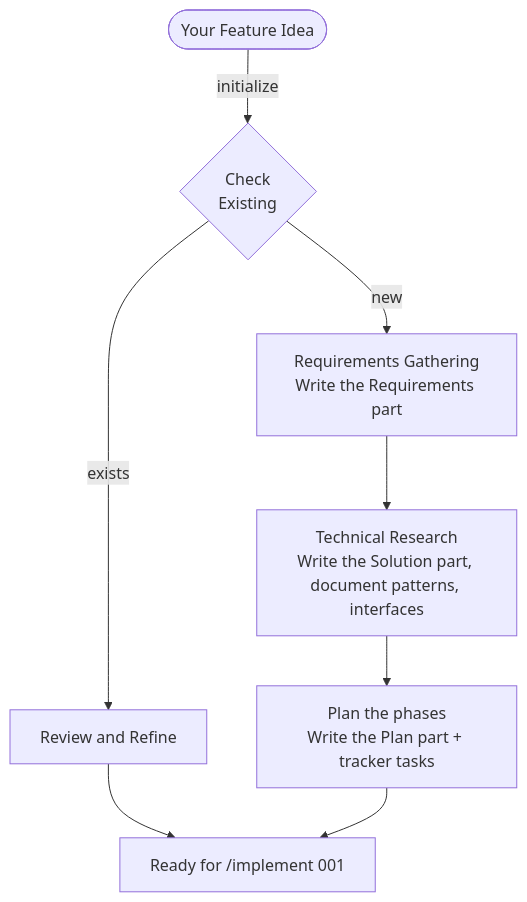
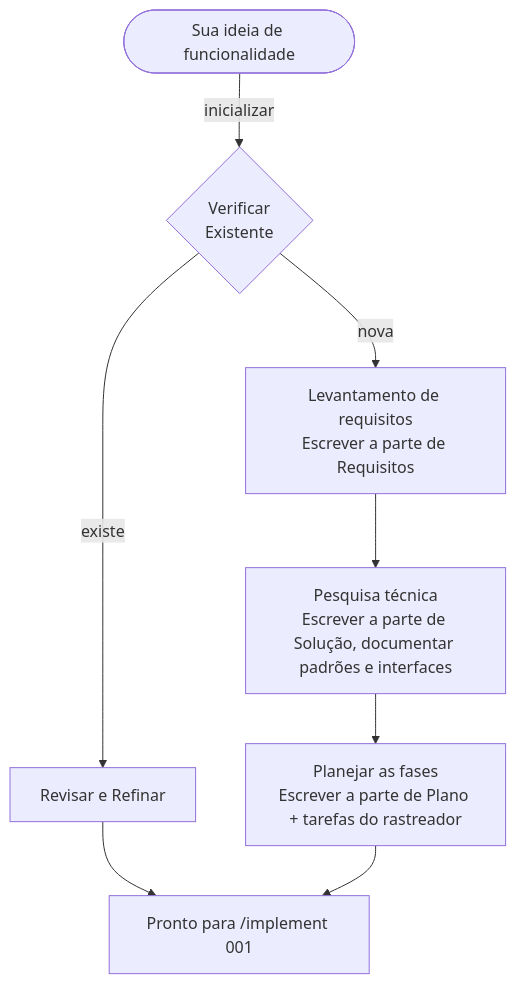
One commit to claude-code-mods/claude-code-mods-pt-br changed the first of 10 diagrams in mods/start/README.md. Above: the diagram before and after it, drawn with Mermaid. The commit also changed other lines of this file and 21 other files, not shown here.

````diff
--- a/mods/start/README.md
+++ b/mods/start/README.md
@@ -71,10 +71,10 @@
 ```mermaid
 flowchart TD
-    A([Your Feature Idea]) --> |initialize| B{Check<br>Existing}
-    B --> |exists| C[Review and Refine]
-    C --> END[Ready for /implement 001]
-    B --> |new| D[Requirements Gathering<br/>Write the Requirements part]
-    D --> E[Technical Research<br/>Write the Solution part, document patterns, interfaces]
-    E --> F[Plan the phases<br/>Write the Plan part + tracker tasks]
+    A([Sua ideia de funcionalidade]) --> |inicializar| B{Verificar<br>Existente}
+    B --> |existe| C[Revisar e Refinar]
+    C --> END[Pronto para /implement 001]
+    B --> |nova| D[Levantamento de requisitos<br/>Escrever a parte de Requisitos]
+    D --> E[Pesquisa técnica<br/>Escrever a parte de Solução, documentar padrões e interfaces]
+    E --> F[Planejar as fases<br/>Escrever a parte de Plano + tarefas do rastreador]
     F --> END
 ```
````
